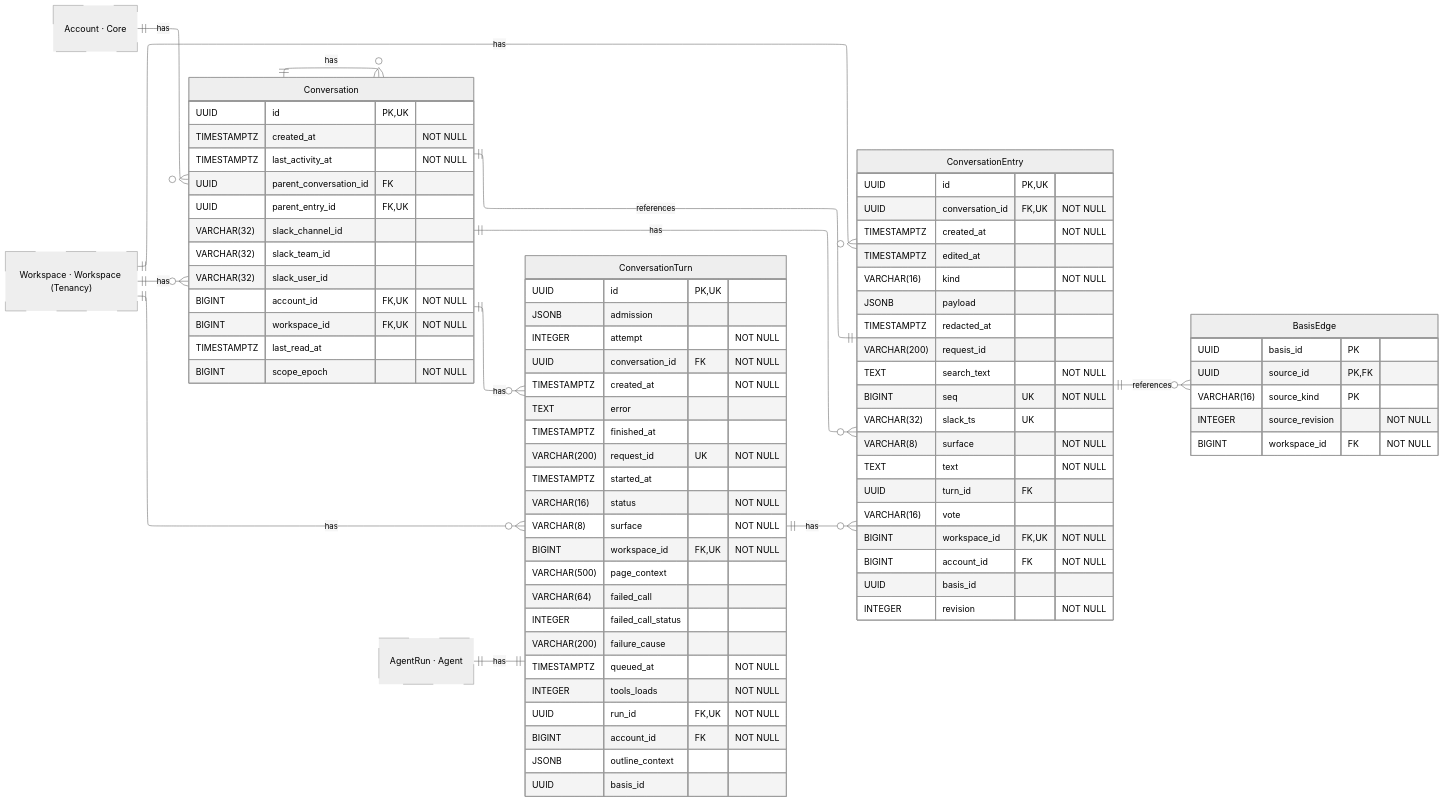
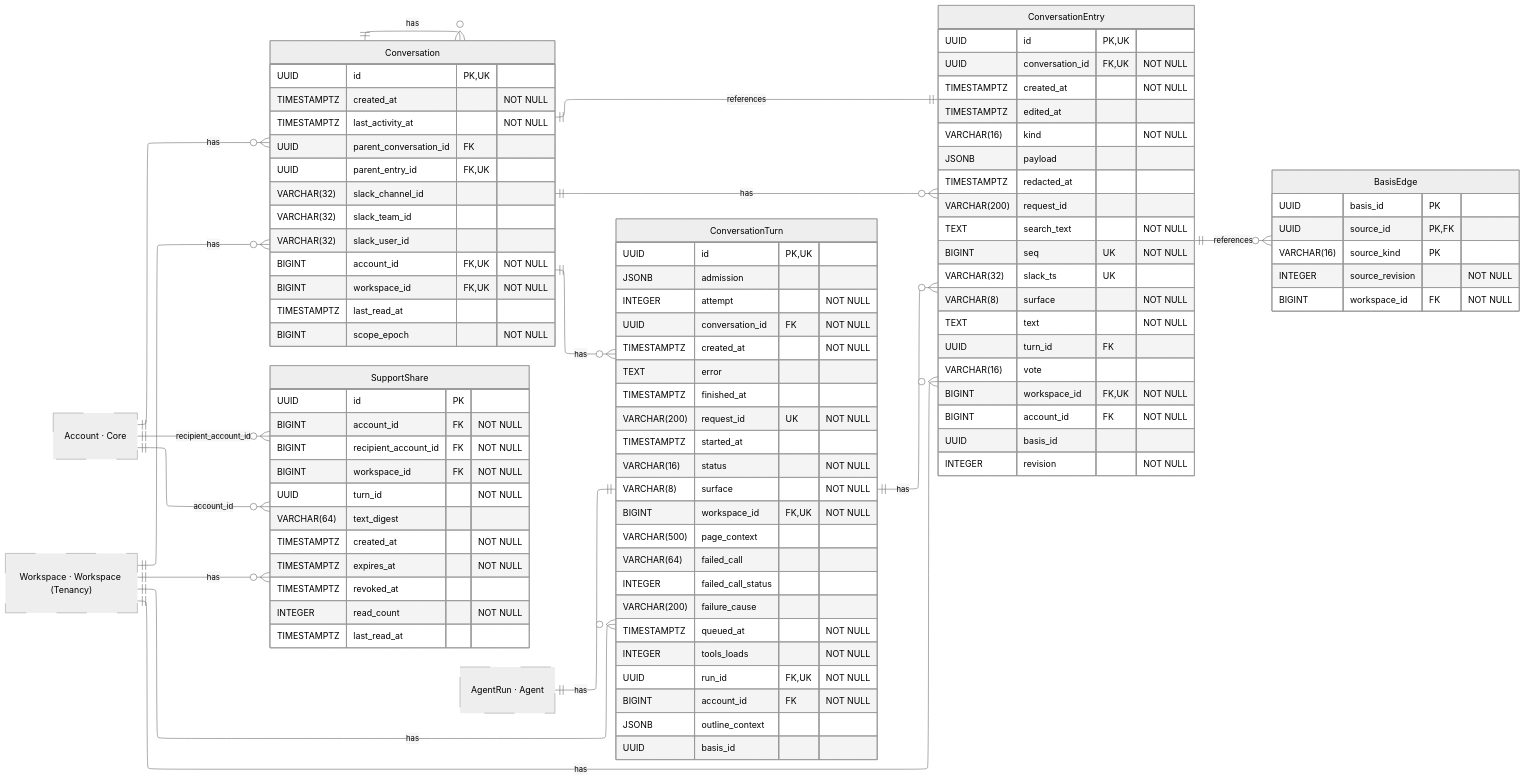
One commit to hephaestus-build/Hephaestus changed the diagram in docs/contributor/erd/conversation.mmd. Above: the diagram before and after it, drawn with Mermaid (neutral theme). The commit also changed 405 other files, not shown here.

```diff
--- a/docs/contributor/erd/conversation.mmd
+++ b/docs/contributor/erd/conversation.mmd
@@ -1,110 +1,127 @@
 ---
 config:
     layout: elk
 ---
 erDiagram
     %% Generated automatically from PostgreSQL database schema
     %% using scripts/generate-mermaid-erd.ts
     %% To regenerate: vp run db:generate-erd-docs
 
     direction LR
 
     BasisEdge {
         UUID basis_id PK
         UUID source_id PK,FK
         VARCHAR(16) source_kind PK
         INTEGER source_revision "NOT NULL"
         BIGINT workspace_id FK "NOT NULL"
     }
 
     Conversation {
         UUID id PK,UK
         TIMESTAMPTZ created_at "NOT NULL"
         TIMESTAMPTZ last_activity_at "NOT NULL"
         UUID parent_conversation_id FK
         UUID parent_entry_id FK,UK
         VARCHAR(32) slack_channel_id
         VARCHAR(32) slack_team_id
         VARCHAR(32) slack_user_id
         BIGINT account_id FK,UK "NOT NULL"
         BIGINT workspace_id FK,UK "NOT NULL"
         TIMESTAMPTZ last_read_at
         BIGINT scope_epoch "NOT NULL"
     }
 
     ConversationEntry {
         UUID id PK,UK
         UUID conversation_id FK,UK "NOT NULL"
         TIMESTAMPTZ created_at "NOT NULL"
         TIMESTAMPTZ edited_at
         VARCHAR(16) kind "NOT NULL"
         JSONB payload
         TIMESTAMPTZ redacted_at
         VARCHAR(200) request_id
         TEXT search_text "NOT NULL"
         BIGINT seq UK "NOT NULL"
         VARCHAR(32) slack_ts UK
         VARCHAR(8) surface "NOT NULL"
         TEXT text "NOT NULL"
         UUID turn_id FK
         VARCHAR(16) vote
         BIGINT workspace_id FK,UK "NOT NULL"
         BIGINT account_id FK "NOT NULL"
         UUID basis_id
         INTEGER revision "NOT NULL"
     }
 
     ConversationTurn {
         UUID id PK,UK
         JSONB admission
         INTEGER attempt "NOT NULL"
         UUID conversation_id FK "NOT NULL"
         TIMESTAMPTZ created_at "NOT NULL"
         TEXT error
         TIMESTAMPTZ finished_at
         VARCHAR(200) request_id UK "NOT NULL"
         TIMESTAMPTZ started_at
         VARCHAR(16) status "NOT NULL"
         VARCHAR(8) surface "NOT NULL"
         BIGINT workspace_id FK,UK "NOT NULL"
         VARCHAR(500) page_context
         VARCHAR(64) failed_call
         INTEGER failed_call_status
         VARCHAR(200) failure_cause
         TIMESTAMPTZ queued_at "NOT NULL"
         INTEGER tools_loads "NOT NULL"
         UUID run_id FK,UK "NOT NULL"
         BIGINT account_id FK "NOT NULL"
         JSONB outline_context
         UUID basis_id
     }
 
+    SupportShare {
+        UUID id PK
+        BIGINT account_id FK "NOT NULL"
+        BIGINT recipient_account_id FK "NOT NULL"
+        BIGINT workspace_id FK "NOT NULL"
+        UUID turn_id "NOT NULL"
+        VARCHAR(64) text_digest
+        TIMESTAMPTZ created_at "NOT NULL"
+        TIMESTAMPTZ expires_at "NOT NULL"
+        TIMESTAMPTZ revoked_at
+        INTEGER read_count "NOT NULL"
+        TIMESTAMPTZ last_read_at
+    }
+
     Account["Account · Core"]
     AgentRun["AgentRun · Agent"]
     Workspace["Workspace · Workspace (Tenancy)"]
 
     %% Relationships
     %% One-to-One relationships
     ConversationEntry ||--|| Conversation : references
     AgentRun ||--|| ConversationTurn : has
 
     %% One-to-Many relationships
     ConversationEntry ||--o{ BasisEdge : references
     Account ||--o{ Conversation : has
     Conversation ||--o{ Conversation : has
     Workspace ||--o{ Conversation : has
     Conversation ||--o{ ConversationEntry : has
     ConversationTurn ||--o{ ConversationEntry : has
     Workspace ||--o{ ConversationEntry : has
     Conversation ||--o{ ConversationTurn : has
     Workspace ||--o{ ConversationTurn : has
+    Account ||--o{ SupportShare : account_id
+    Account ||--o{ SupportShare : recipient_account_id
+    Workspace ||--o{ SupportShare : has
 
     %% Styling
     classDef primaryEntity stroke-width:2px
     classDef associationEntity stroke-width:1px
     classDef metadataEntity stroke-width:1px
     classDef referenceEntity stroke-dasharray:5 5
 
     class Account referenceEntity
     class AgentRun referenceEntity
     class Workspace referenceEntity
```
